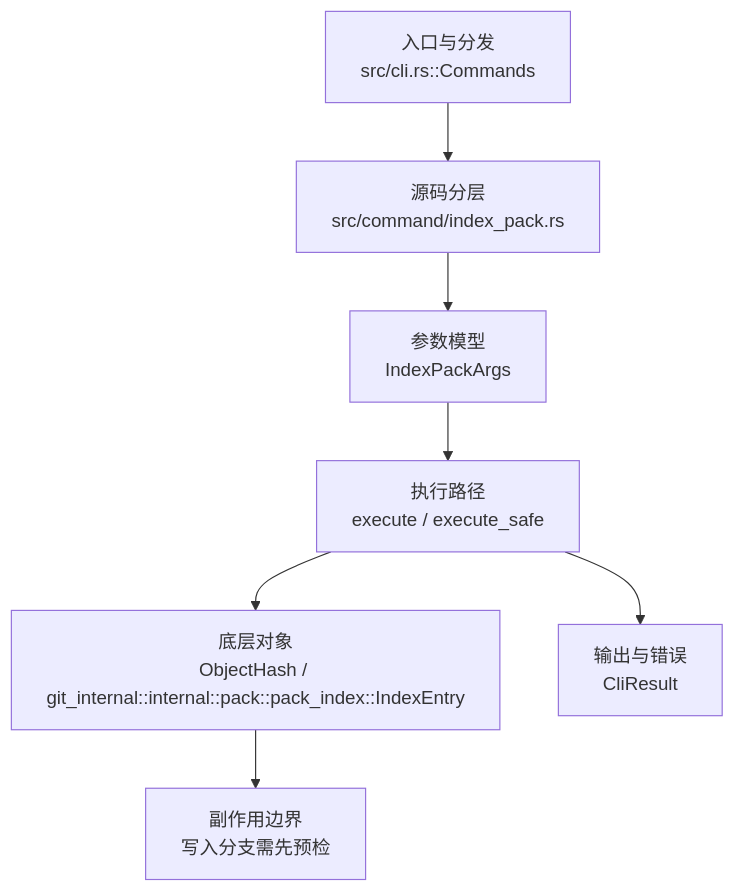
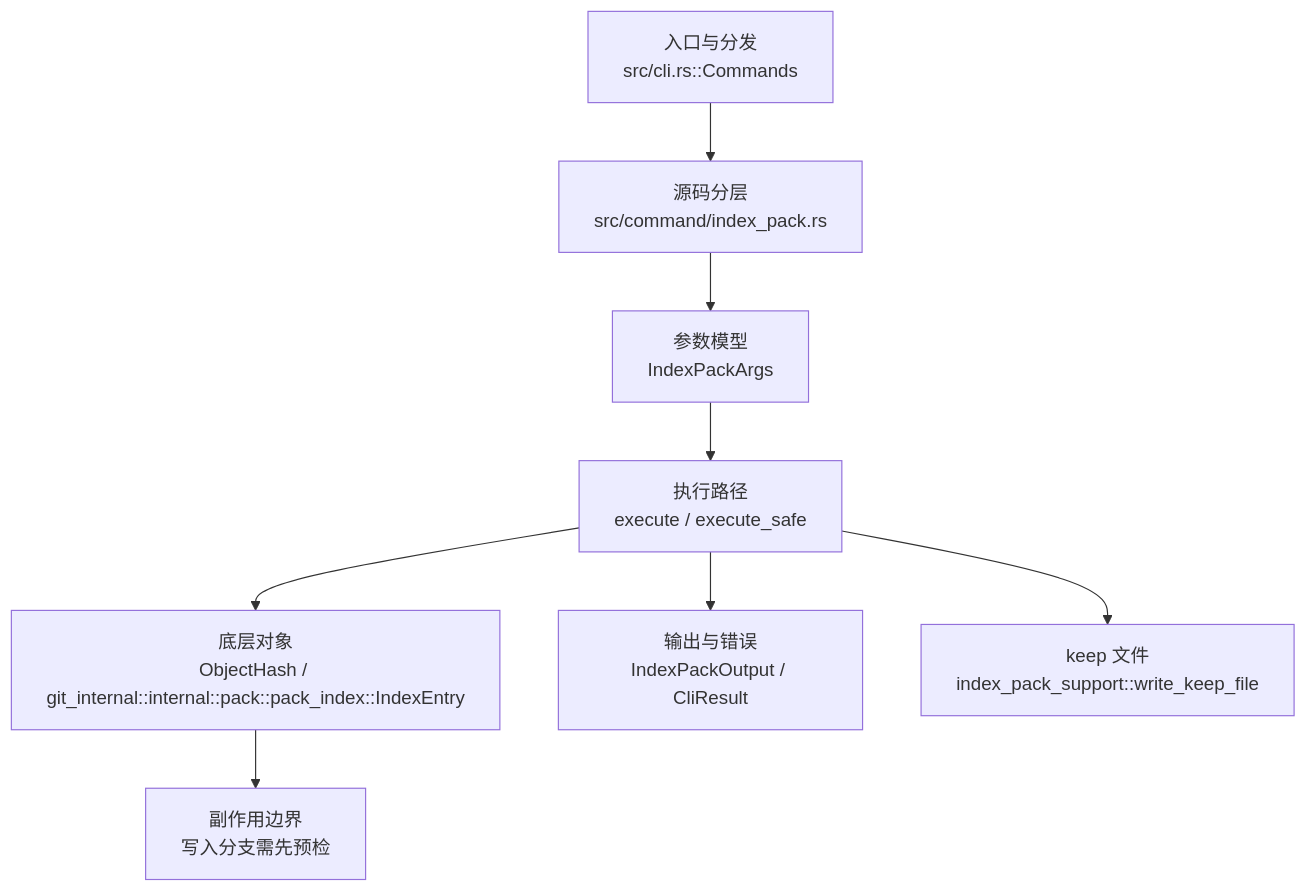
Before and after one commit to web3infra-foundation/libra: the diagram in docs/development/commands/index-pack.md, drawn with Mermaid. The commit also changed other lines of this file and 20 other files, not shown here.

Commit message:
feat(index-pack): support keep files

````diff
--- a/docs/development/commands/index-pack.md
+++ b/docs/development/commands/index-pack.md
@@ -23,9 +23,10 @@
 ```mermaid
 flowchart TD
     A["入口与分发<br/>src/cli.rs::Commands"] --> B["源码分层<br/>src/command/index_pack.rs"]
     B --> C["参数模型<br/>IndexPackArgs"]
     C --> D["执行路径<br/>execute / execute_safe"]
     D --> E["底层对象<br/>ObjectHash / git_internal::internal::pack::pack_index::IndexEntry"]
-    D --> F["输出与错误<br/>CliResult"]
+    D --> F["输出与错误<br/>IndexPackOutput / CliResult"]
+    D --> H["keep 文件<br/>index_pack_support::write_keep_file"]
     E --> G["副作用边界<br/>写入分支需先预检"]
 ```
````
